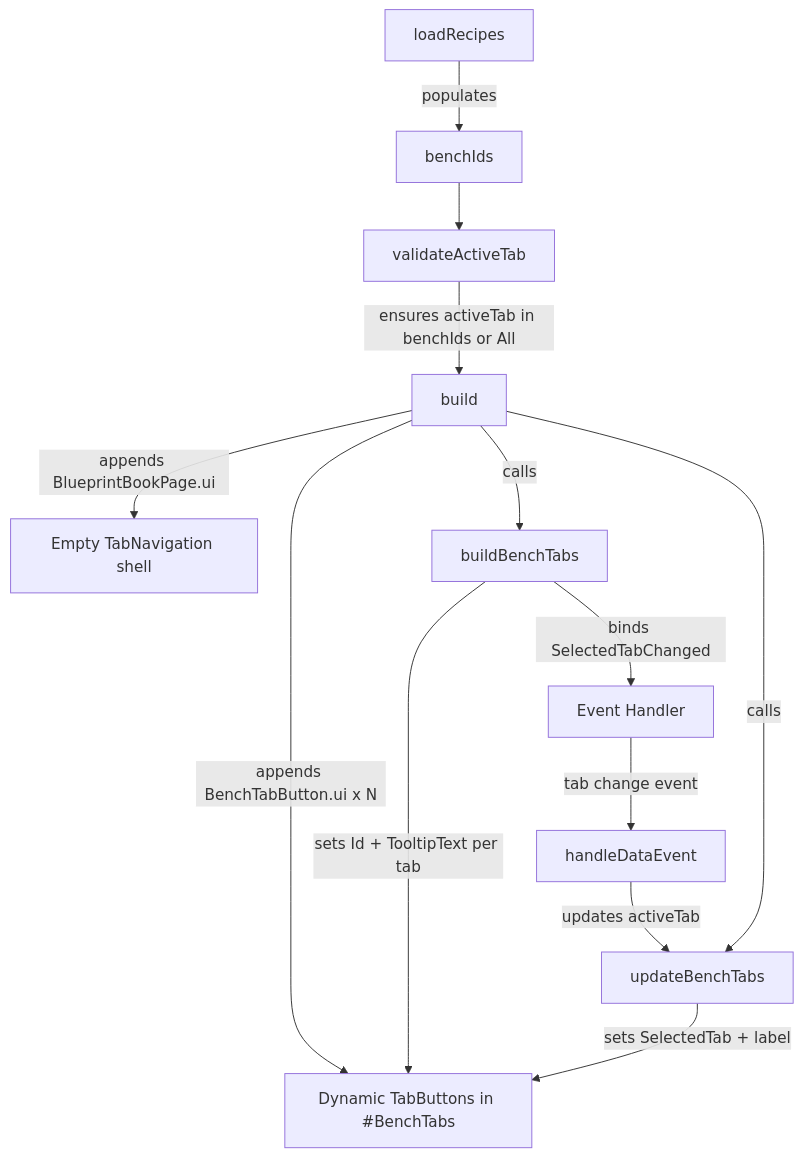
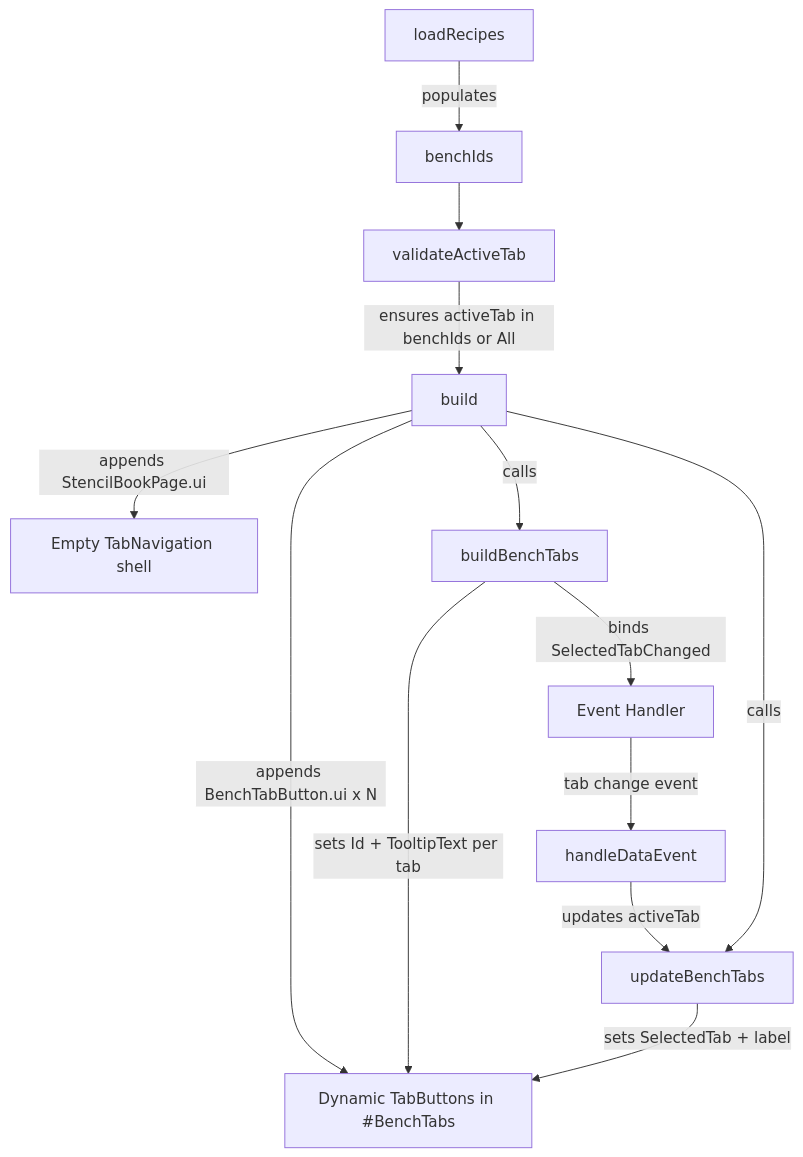
The second of 3 diagrams in docs/design-dynamic-bench-tabs.md (TheCodeCreature/Hytale-Example-Plugin), drawn with Mermaid before and after one commit. The commit also changed other lines of this file and 289 other files, not shown here.

````diff
--- a/docs/design-dynamic-bench-tabs.md
+++ b/docs/design-dynamic-bench-tabs.md
@@ -49,15 +49,15 @@
 ```mermaid
 graph TB
     A[loadRecipes] -->|populates| B[benchIds]
     B --> C[validateActiveTab]
     C -->|ensures activeTab in benchIds or All| D[build]
-    D -->|appends BlueprintBookPage.ui| E[Empty TabNavigation shell]
+    D -->|appends StencilBookPage.ui| E[Empty TabNavigation shell]
     D -->|appends BenchTabButton.ui x N| F[Dynamic TabButtons in #BenchTabs]
     D -->|calls| G[buildBenchTabs]
     G -->|sets Id + TooltipText per tab| F
     G -->|binds SelectedTabChanged| H[Event Handler]
     D -->|calls| I[updateBenchTabs]
     I -->|sets SelectedTab + label| F
     H -->|tab change event| J[handleDataEvent]
     J -->|updates activeTab| I
 ```
````
